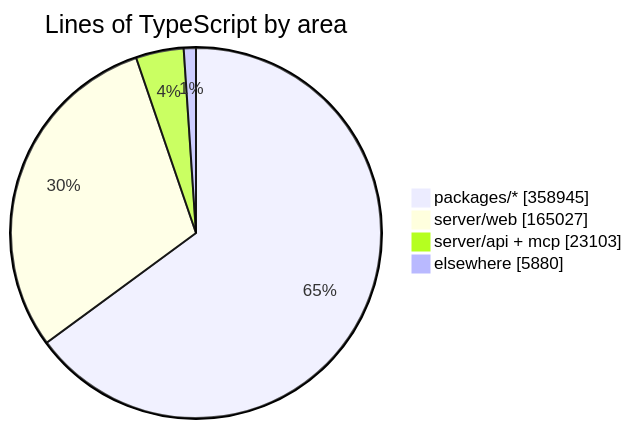
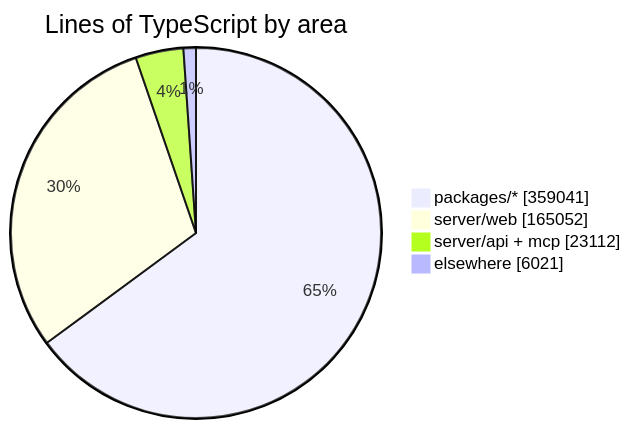
The diagram in README.md (crossworks-engineering/mantle), drawn with Mermaid before and after one commit. The commit also changed other lines of this file and 2 other files, not shown here.

````diff
--- a/README.md
+++ b/README.md
@@ -294,7 +294,7 @@
 ```mermaid
 pie showData title Lines of TypeScript by area
-    "packages/*" : 358945
-    "server/web" : 165027
-    "server/api + mcp" : 23103
-    "elsewhere" : 5880
+    "packages/*" : 359041
+    "server/web" : 165052
+    "server/api + mcp" : 23112
+    "elsewhere" : 6021
 ```
````
